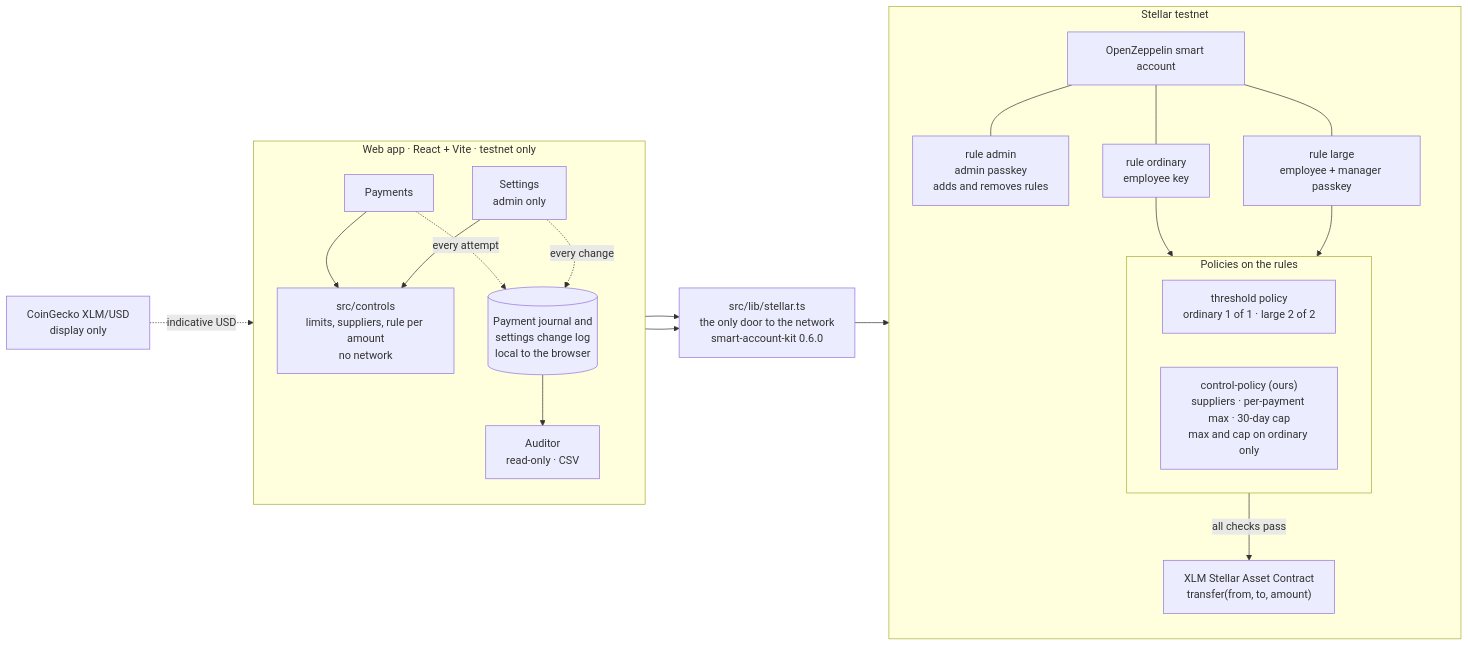
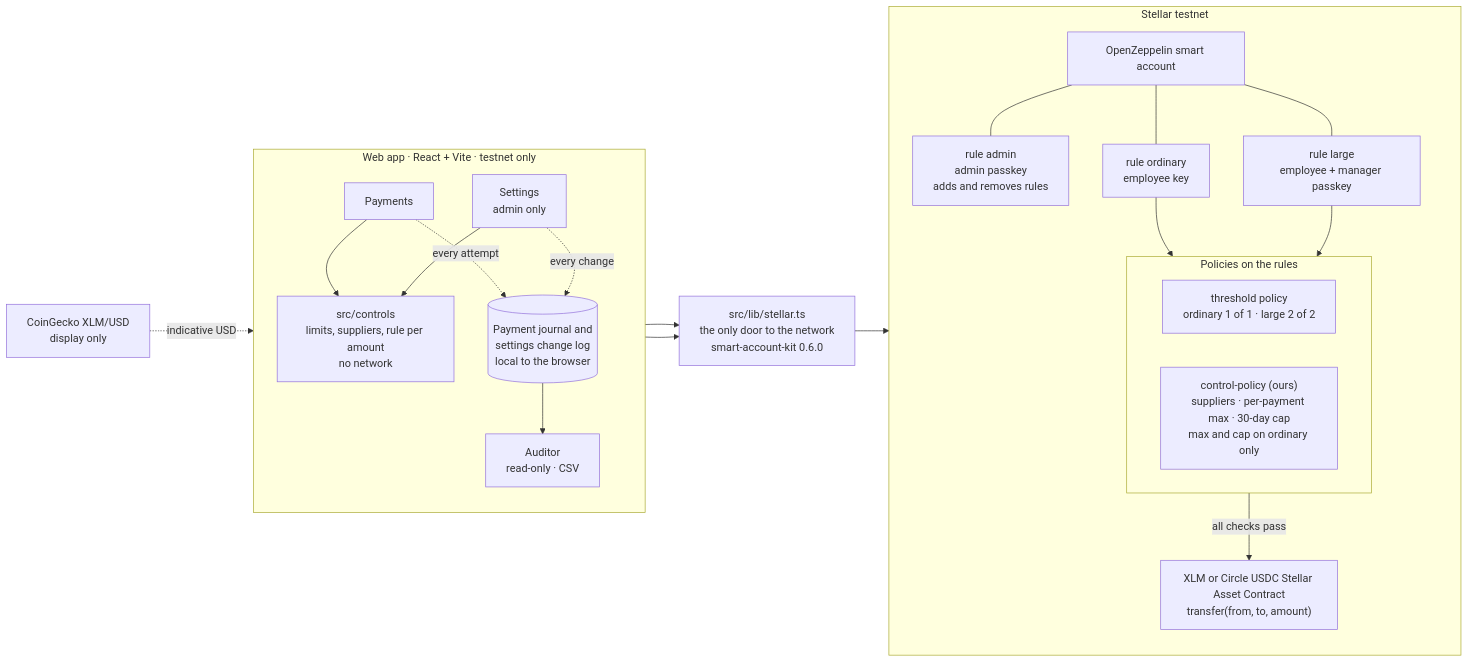
Before and after one commit to Dabuca/arqueo: the first of 2 diagrams in docs/architecture.md, drawn with Mermaid. The commit also changed other lines of this file and 43 other files, not shown here.

Commit message:
feat(R18): add Circle USDC testnet payments

````diff
--- a/docs/architecture.md
+++ b/docs/architecture.md
@@ -5,44 +5,44 @@
 ```mermaid
 flowchart LR
     Price["CoinGecko XLM/USD<br/>display only"]
 
     subgraph App["Web app · React + Vite · testnet only"]
         direction TB
         Pay["Payments"]
         Set["Settings<br/>admin only"]
         Ctl["src/controls<br/>limits, suppliers, rule per amount<br/>no network"]
         Logs[("Payment journal and<br/>settings change log<br/>local to the browser")]
         Aud["Auditor<br/>read-only · CSV"]
     end
 
     Stellar["src/lib/stellar.ts<br/>the only door to the network<br/>smart-account-kit 0.6.0"]
 
     subgraph Chain["Stellar testnet"]
         direction TB
         Account["OpenZeppelin smart account"]
         Admin["rule admin<br/>admin passkey<br/>adds and removes rules"]
         Ord["rule ordinary<br/>employee key"]
         Large["rule large<br/>employee + manager passkey"]
         subgraph Pol["Policies on the rules"]
             Thr["threshold policy<br/>ordinary 1 of 1 · large 2 of 2"]
             CP["control-policy (ours)<br/>suppliers · per-payment max · 30-day cap<br/>max and cap on ordinary only"]
         end
-        SAC["XLM Stellar Asset Contract<br/>transfer(from, to, amount)"]
+        SAC["XLM or Circle USDC Stellar Asset Contract<br/>transfer(from, to, amount)"]
         Account --- Admin
         Account --- Ord
         Account --- Large
         Ord --> Pol
         Large --> Pol
         Pol -->|"all checks pass"| SAC
     end
 
     Price -.->|"indicative USD"| Pay
     Pay --> Ctl
     Set --> Ctl
     Pay -.->|"every attempt"| Logs
     Set -.->|"every change"| Logs
     Logs --> Aud
     Pay --> Stellar
     Set --> Stellar
     Stellar --> Account
 ```
````
